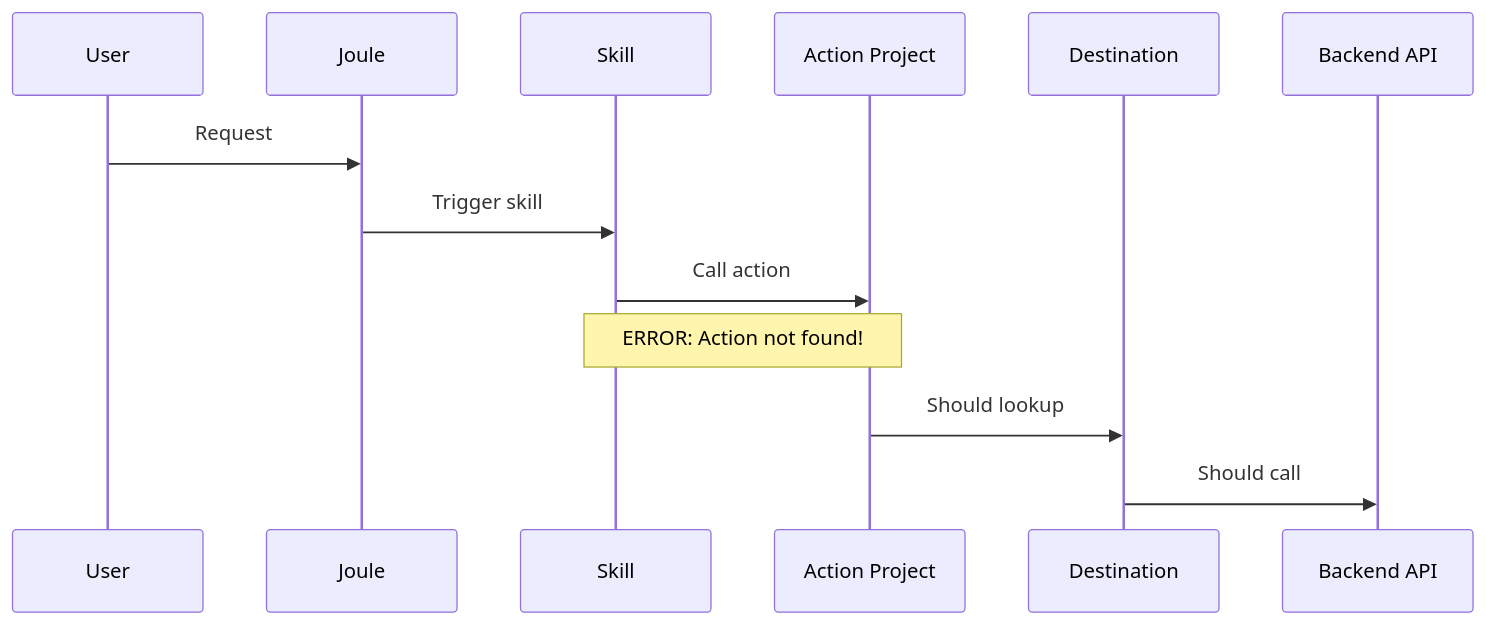
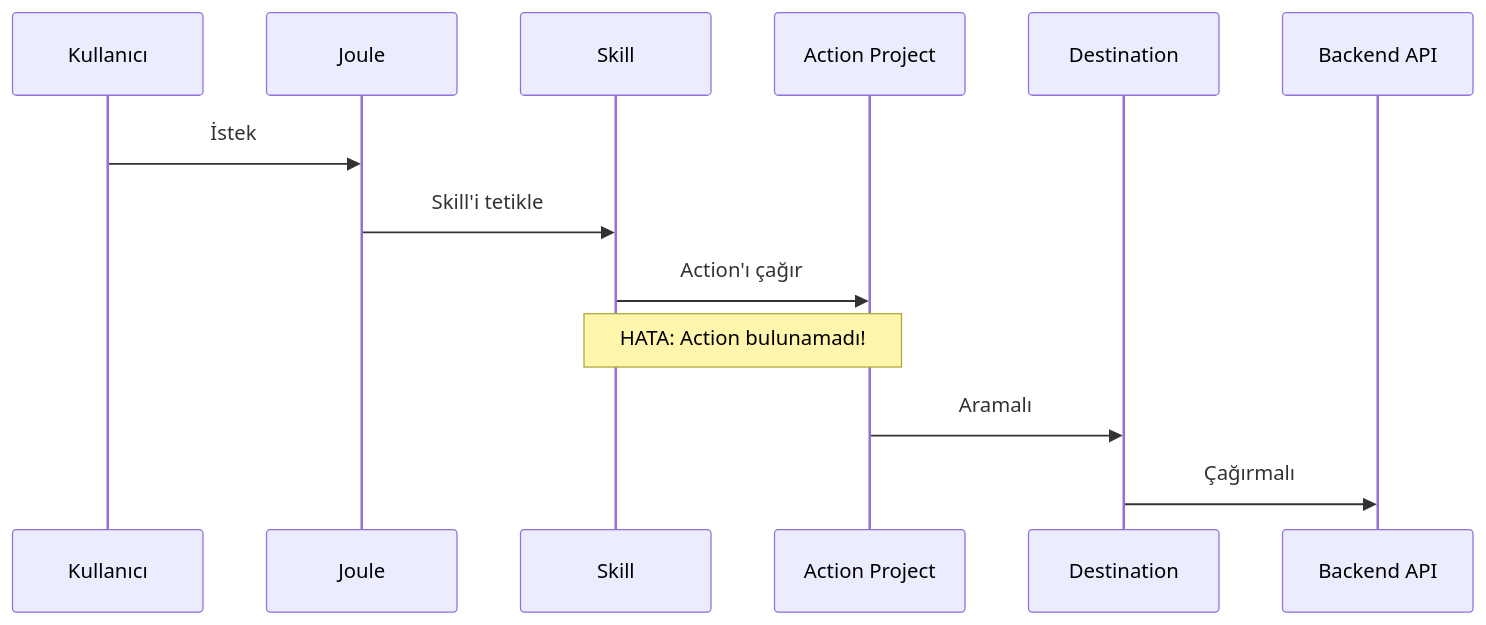
The fifth of 9 diagrams in Technical Tutorials/BTP/TR/chapters/appendix-d-troubleshooting.md (beyhanmeyrali/sap-all), drawn with Mermaid before and after one commit. The commit also changed other lines of this file and 11 other files, not shown here.

````diff
--- a/Technical Tutorials/BTP/TR/chapters/appendix-d-troubleshooting.md
+++ b/Technical Tutorials/BTP/TR/chapters/appendix-d-troubleshooting.md
@@ -183,17 +183,17 @@
 ```mermaid
 sequenceDiagram
-    participant USER as User
+    participant USER as Kullanıcı
     participant JOULE as Joule
     participant SKILL as Skill
     participant ACTION as Action Project
     participant DEST as Destination
     participant API as Backend API
 
-    USER->>JOULE: Request
-    JOULE->>SKILL: Trigger skill
-    SKILL->>ACTION: Call action
-    Note over SKILL,ACTION: ERROR: Action not found!
+    USER->>JOULE: İstek
+    JOULE->>SKILL: Skill'i tetikle
+    SKILL->>ACTION: Action'ı çağır
+    Note over SKILL,ACTION: HATA: Action bulunamadı!
 
-    ACTION->>DEST: Should lookup
-    DEST->>API: Should call
+    ACTION->>DEST: Aramalı
+    DEST->>API: Çağırmalı
 ```
````
